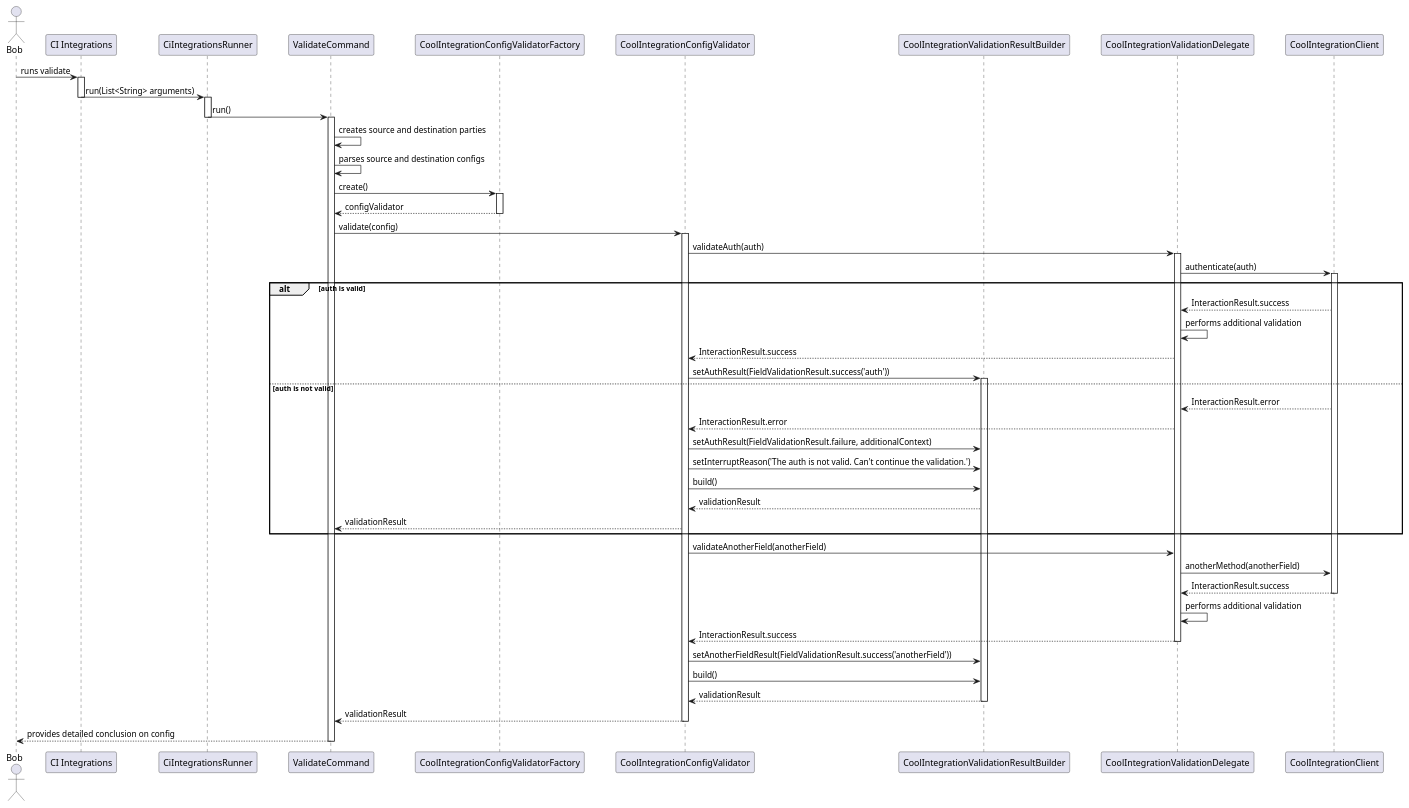
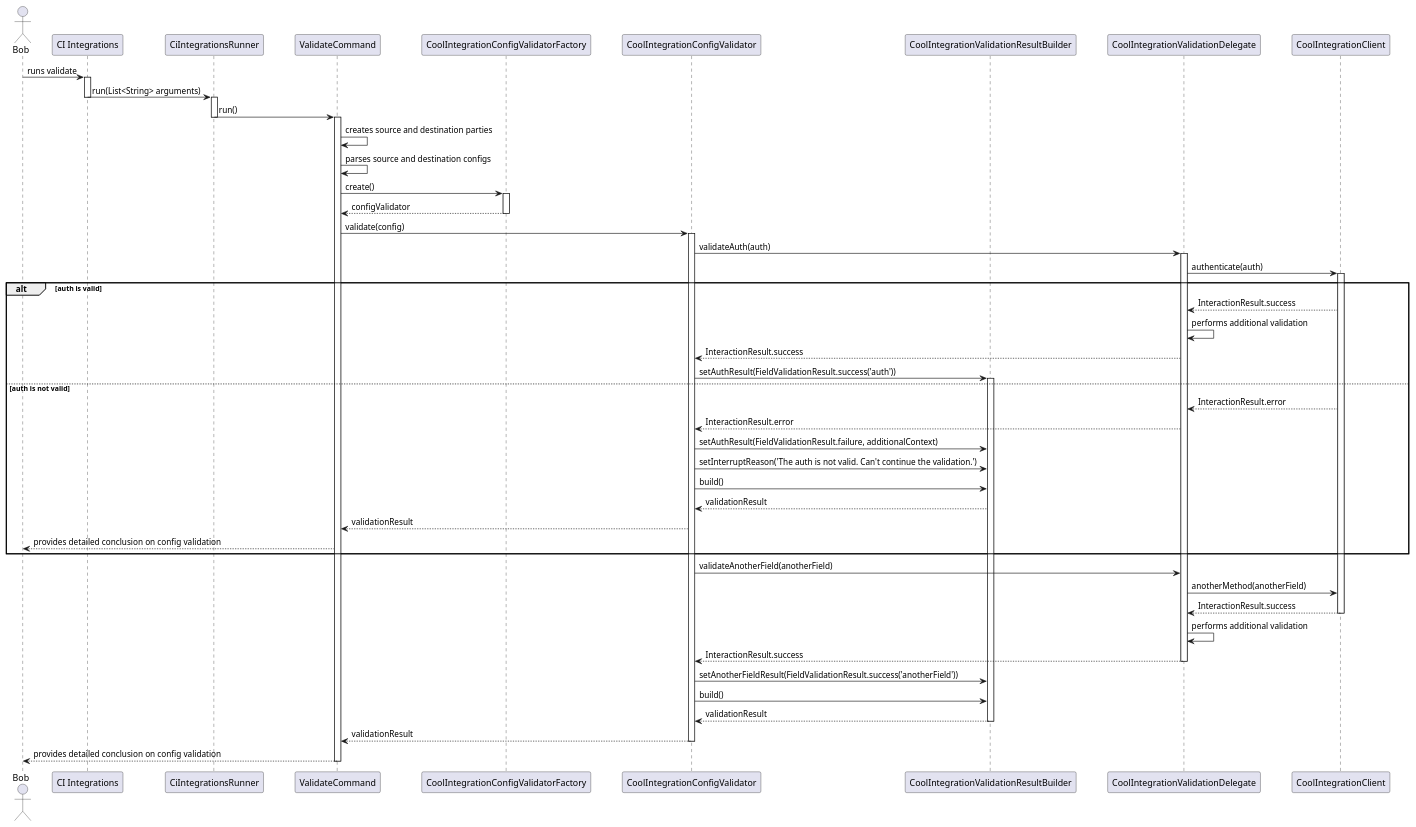
One commit to Flank/flank-dashboard changed the diagram in metrics/ci_integrations/docs/diagrams/ci_integrations_config_validator_sequence_diagram.puml. Above: the diagram before and after it, drawn with PlantUML. The commit also changed 2 other files, not shown here.

```diff
--- a/metrics/ci_integrations/docs/diagrams/ci_integrations_config_validator_sequence_diagram.puml
+++ b/metrics/ci_integrations/docs/diagrams/ci_integrations_config_validator_sequence_diagram.puml
@@ -1,93 +1,94 @@
 @startuml ci_integrations_config_validator_sequence_diagram
 
 skinparam ParticipantPadding 20
 skinparam BoxPadding 10
 
 actor Bob
 
 participant "CI Integrations"
 participant CiIntegrationsRunner
 participant ValidateCommand
 participant CoolIntegrationConfigValidatorFactory
 participant CoolIntegrationConfigValidator
 participant CoolIntegrationValidationResultBuilder
 participant CoolIntegrationValidationDelegate
 participant CoolIntegrationClient
 
 Bob -> "CI Integrations" : runs validate
 activate "CI Integrations"
 
 "CI Integrations" -> CiIntegrationsRunner: run(List<String> arguments)
 deactivate "CI Integrations"
 activate CiIntegrationsRunner
 
 CiIntegrationsRunner -> ValidateCommand: run()
 deactivate CiIntegrationsRunner
 activate ValidateCommand
 
 ValidateCommand -> ValidateCommand : creates source and destination parties
 ValidateCommand -> ValidateCommand : parses source and destination configs
 
 ValidateCommand -> CoolIntegrationConfigValidatorFactory : create()
 activate CoolIntegrationConfigValidatorFactory
 
 CoolIntegrationConfigValidatorFactory --> ValidateCommand : configValidator
 deactivate CoolIntegrationConfigValidatorFactory
 
 ValidateCommand -> CoolIntegrationConfigValidator : validate(config)
 activate CoolIntegrationConfigValidator
 
 CoolIntegrationConfigValidator -> CoolIntegrationValidationDelegate : validateAuth(auth)
 activate CoolIntegrationValidationDelegate
 
 CoolIntegrationValidationDelegate -> CoolIntegrationClient : authenticate(auth)
 activate  CoolIntegrationClient
 
 alt auth is valid
 
     CoolIntegrationClient --> CoolIntegrationValidationDelegate : InteractionResult.success
     CoolIntegrationValidationDelegate -> CoolIntegrationValidationDelegate : performs additional validation
     CoolIntegrationValidationDelegate --> CoolIntegrationConfigValidator : InteractionResult.success
     CoolIntegrationConfigValidator -> CoolIntegrationValidationResultBuilder : setAuthResult(FieldValidationResult.success('auth'))
     activate CoolIntegrationValidationResultBuilder
 
 
 else auth is not valid
 
     CoolIntegrationClient --> CoolIntegrationValidationDelegate : InteractionResult.error
     CoolIntegrationValidationDelegate --> CoolIntegrationConfigValidator : InteractionResult.error
     CoolIntegrationConfigValidator -> CoolIntegrationValidationResultBuilder : setAuthResult(FieldValidationResult.failure, additionalContext)
     CoolIntegrationConfigValidator -> CoolIntegrationValidationResultBuilder : setInterruptReason('The auth is not valid. Can't continue the validation.')
     CoolIntegrationConfigValidator -> CoolIntegrationValidationResultBuilder : build()
     CoolIntegrationValidationResultBuilder --> CoolIntegrationConfigValidator : validationResult
 
     CoolIntegrationConfigValidator --> ValidateCommand : validationResult
+    ValidateCommand --> Bob : provides detailed conclusion on config validation
 
 end
 
 
 CoolIntegrationConfigValidator -> CoolIntegrationValidationDelegate : validateAnotherField(anotherField)
 CoolIntegrationValidationDelegate -> CoolIntegrationClient : anotherMethod(anotherField)
 
 CoolIntegrationClient --> CoolIntegrationValidationDelegate : InteractionResult.success
 deactivate CoolIntegrationClient
 
 CoolIntegrationValidationDelegate -> CoolIntegrationValidationDelegate : performs additional validation
 CoolIntegrationValidationDelegate --> CoolIntegrationConfigValidator : InteractionResult.success
 deactivate CoolIntegrationValidationDelegate
 
 CoolIntegrationConfigValidator -> CoolIntegrationValidationResultBuilder : setAnotherFieldResult(FieldValidationResult.success('anotherField'))
 CoolIntegrationConfigValidator -> CoolIntegrationValidationResultBuilder : build()
 CoolIntegrationValidationResultBuilder --> CoolIntegrationConfigValidator : validationResult
 
 deactivate CoolIntegrationValidationResultBuilder
 
 CoolIntegrationConfigValidator --> ValidateCommand : validationResult
 
 deactivate CoolIntegrationConfigValidator
 
-ValidateCommand --> Bob : provides detailed conclusion on config
+ValidateCommand --> Bob : provides detailed conclusion on config validation
 
 deactivate ValidateCommand
 
 @enduml
```
